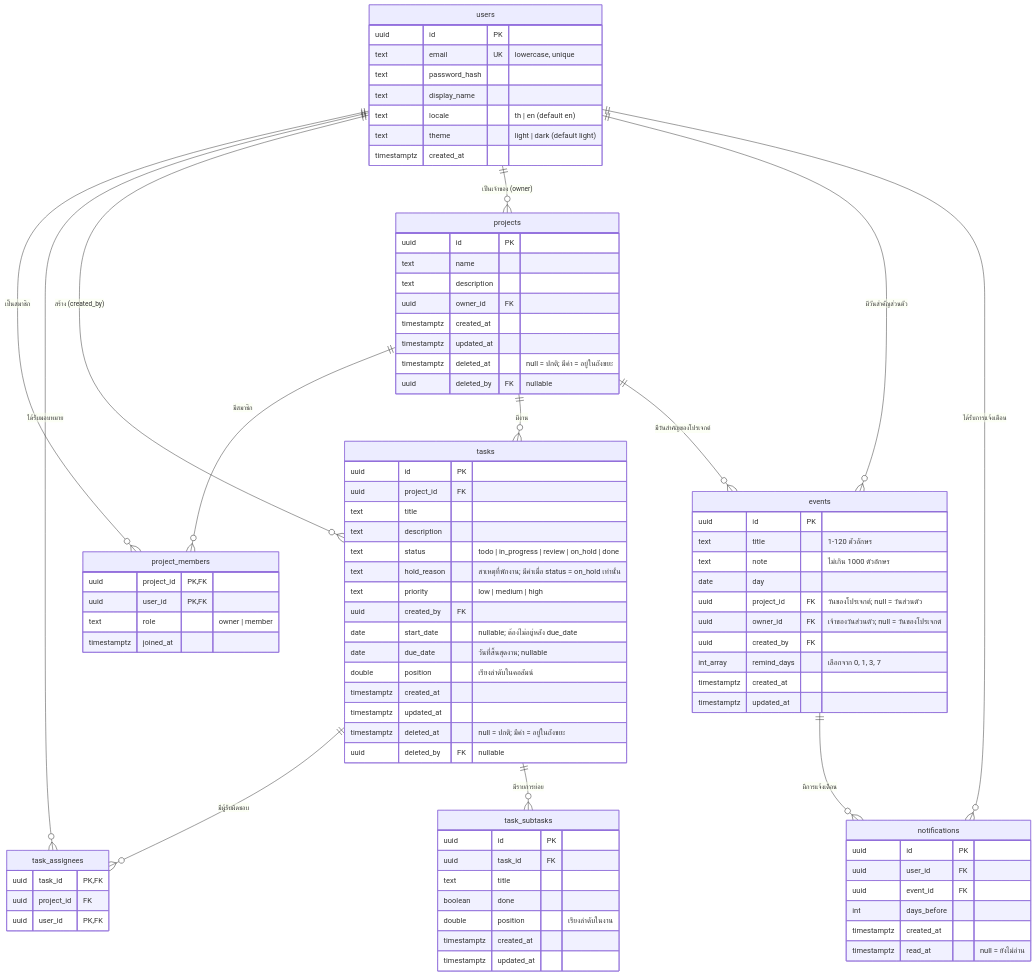
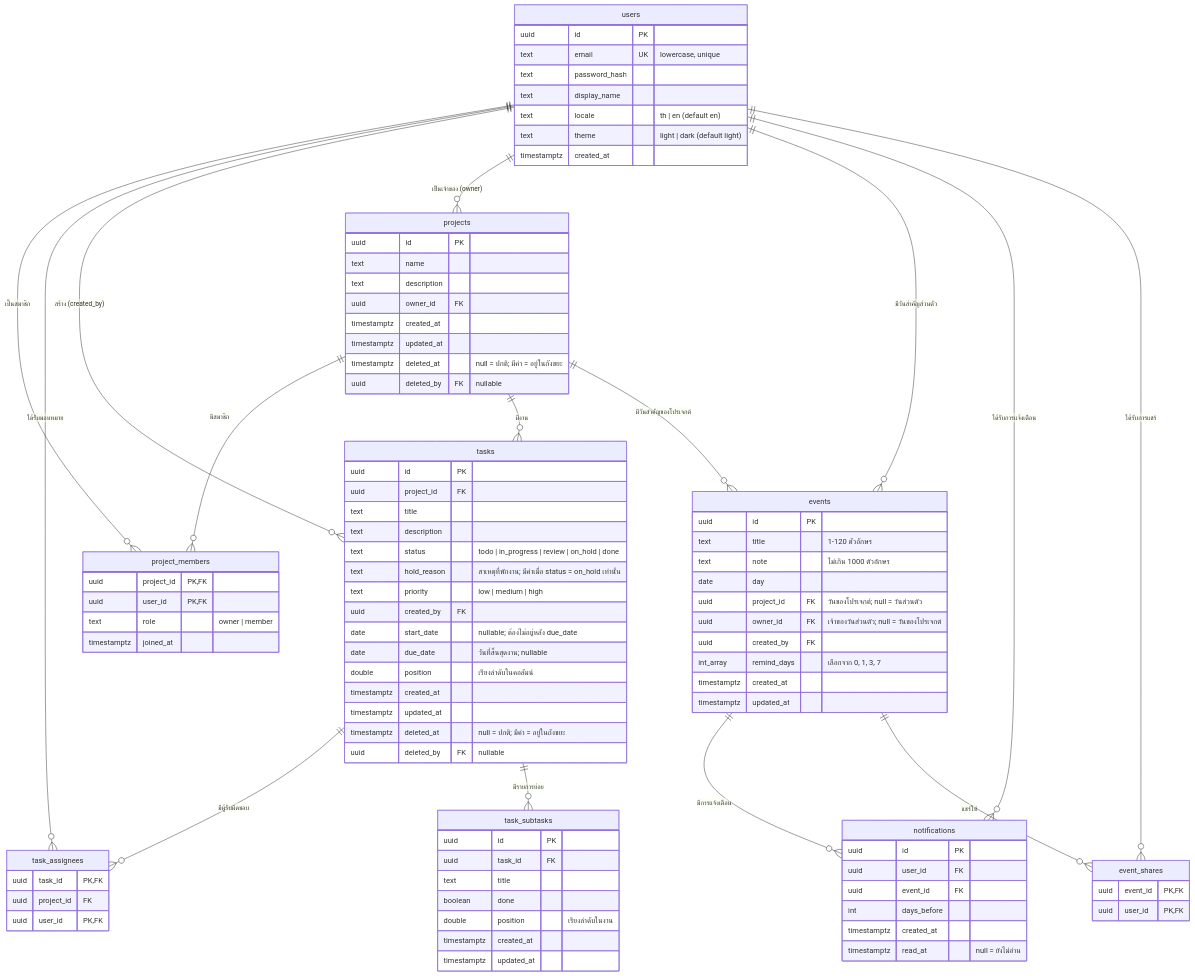
One commit to Yose1001/01s-taskflow changed the diagram in docs/02-er-diagram.md. Above: the diagram before and after it, drawn with Mermaid. The commit also changed other lines of this file and 22 other files, not shown here.

```diff
--- a/docs/02-er-diagram.md
+++ b/docs/02-er-diagram.md
@@ -14,6 +14,8 @@
     projects ||--o{ events : "มีวันสำคัญของโปรเจกต์"
     events ||--o{ notifications : "มีการแจ้งเตือน"
     users ||--o{ notifications : "ได้รับการแจ้งเตือน"
+    events ||--o{ event_shares : "แชร์ให้"
+    users ||--o{ event_shares : "ได้รับการแชร์"
 
     users {
         uuid id PK
@@ -83,6 +85,10 @@
         timestamptz created_at
         timestamptz updated_at
     }
+    event_shares {
+        uuid event_id PK, FK
+        uuid user_id PK, FK
+    }
     notifications {
         uuid id PK
         uuid user_id FK
```
